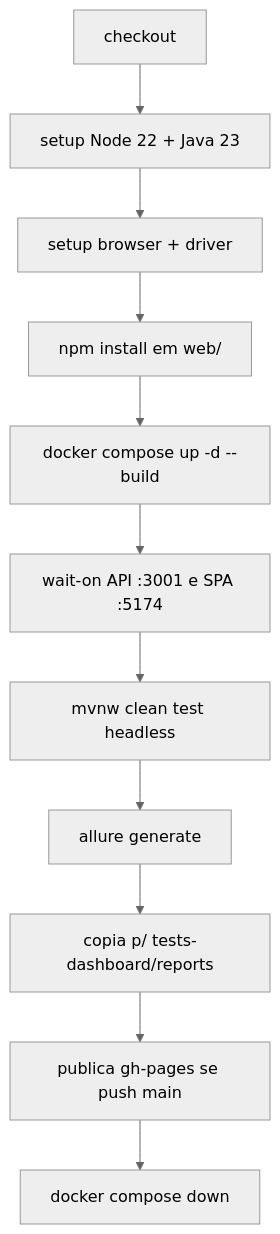
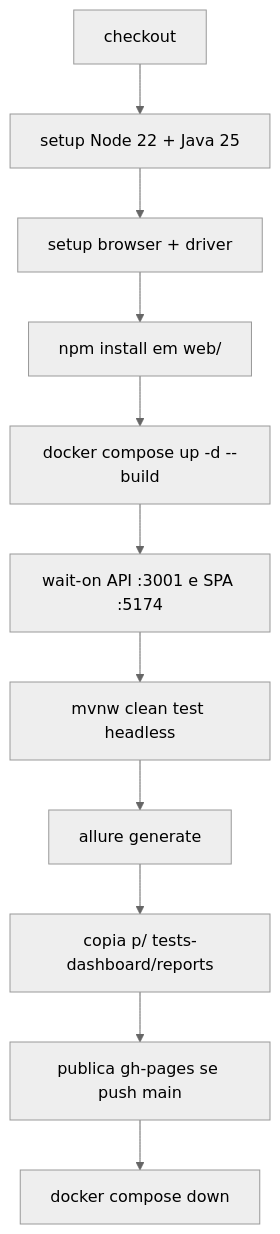
One commit to reinaldorossetti/amazonQA.com changed the diagram in projects-tests/selenium-e2e/README.md. Above: the diagram before and after it, drawn with Mermaid (neutral theme). The commit also changed other lines of this file and 5 other files, not shown here.

````diff
--- a/projects-tests/selenium-e2e/README.md
+++ b/projects-tests/selenium-e2e/README.md
@@ -528,13 +605,13 @@
 ```mermaid
 flowchart TD
-  A[checkout] --> B[setup Node 22 + Java 23]
+  A[checkout] --> B[setup Node 22 + Java 25]
   B --> C[setup browser + driver]
   C --> D[npm install em web/]
   D --> E[docker compose up -d --build]
   E --> F[wait-on API :3001 e SPA :5174]
   F --> G[mvnw clean test headless]
   G --> H[allure generate]
   H --> I[copia p/ tests-dashboard/reports]
   I --> J[publica gh-pages se push main]
   J --> K[docker compose down]
 ```
````
